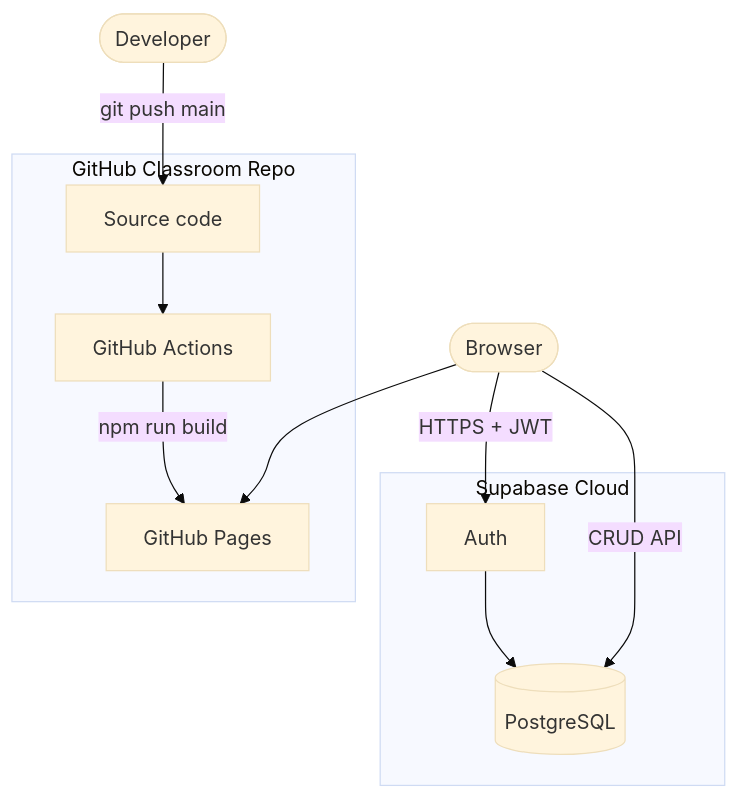
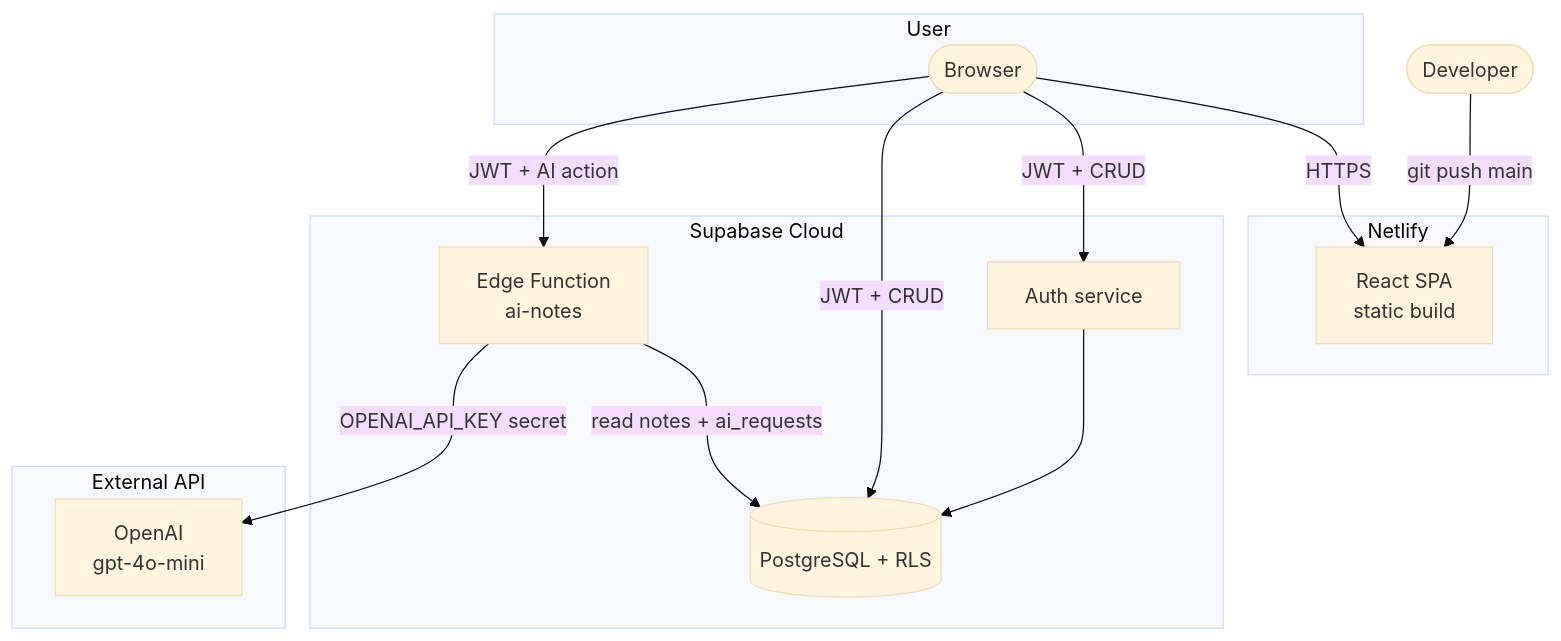
Before and after one commit to Angelica-Vides/Lumenote: the tenth of 17 diagrams in DIAGRAMS.md, drawn with Mermaid (base theme). The commit also changed other lines of this file and 3 other files, not shown here.

First line of the commit message:
docs: Week 3 planning and AI architecture diagrams

````diff
--- a/DIAGRAMS.md
+++ b/DIAGRAMS.md
@@ -137,21 +209,29 @@
 ```mermaid
 flowchart TB
-    subgraph GitHub["GitHub Classroom Repo"]
-        CODE[Source code]
-        ACTIONS[GitHub Actions]
-        PAGES[GitHub Pages]
+    subgraph User["User"]
+        BROWSER([Browser])
+    end
+
+    subgraph Netlify["Netlify"]
+        SPA[React SPA<br/>static build]
     end
 
     subgraph SupabaseCloud["Supabase Cloud"]
-        AUTH2[Auth]
-        PG[(PostgreSQL)]
+        SAUTH[Auth service]
+        PG[(PostgreSQL + RLS)]
+        FN[Edge Function<br/>ai-notes]
     end
 
-    DEV([Developer]) -->|git push main| CODE
-    CODE --> ACTIONS
-    ACTIONS -->|npm run build| PAGES
-    USER([Browser]) --> PAGES
-    USER -->|HTTPS + JWT| AUTH2
-    USER -->|CRUD API| PG
-    AUTH2 --> PG
+    subgraph External["External API"]
+        OAI[OpenAI<br/>gpt-4o-mini]
+    end
+
+    DEV([Developer]) -->|git push main| SPA
+    BROWSER -->|HTTPS| SPA
+    BROWSER -->|JWT + CRUD| SAUTH
+    BROWSER -->|JWT + CRUD| PG
+    BROWSER -->|JWT + AI action| FN
+    FN -->|read notes + ai_requests| PG
+    FN -->|OPENAI_API_KEY secret| OAI
+    SAUTH --> PG
 ```
````
